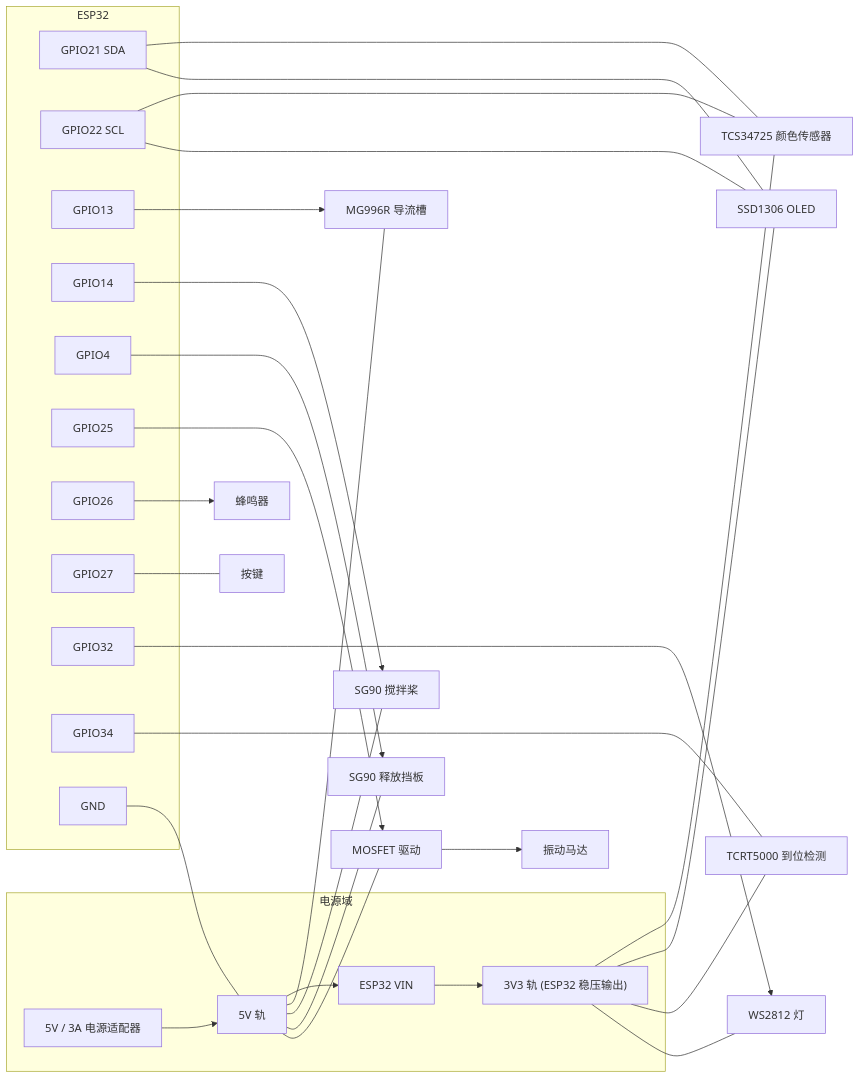
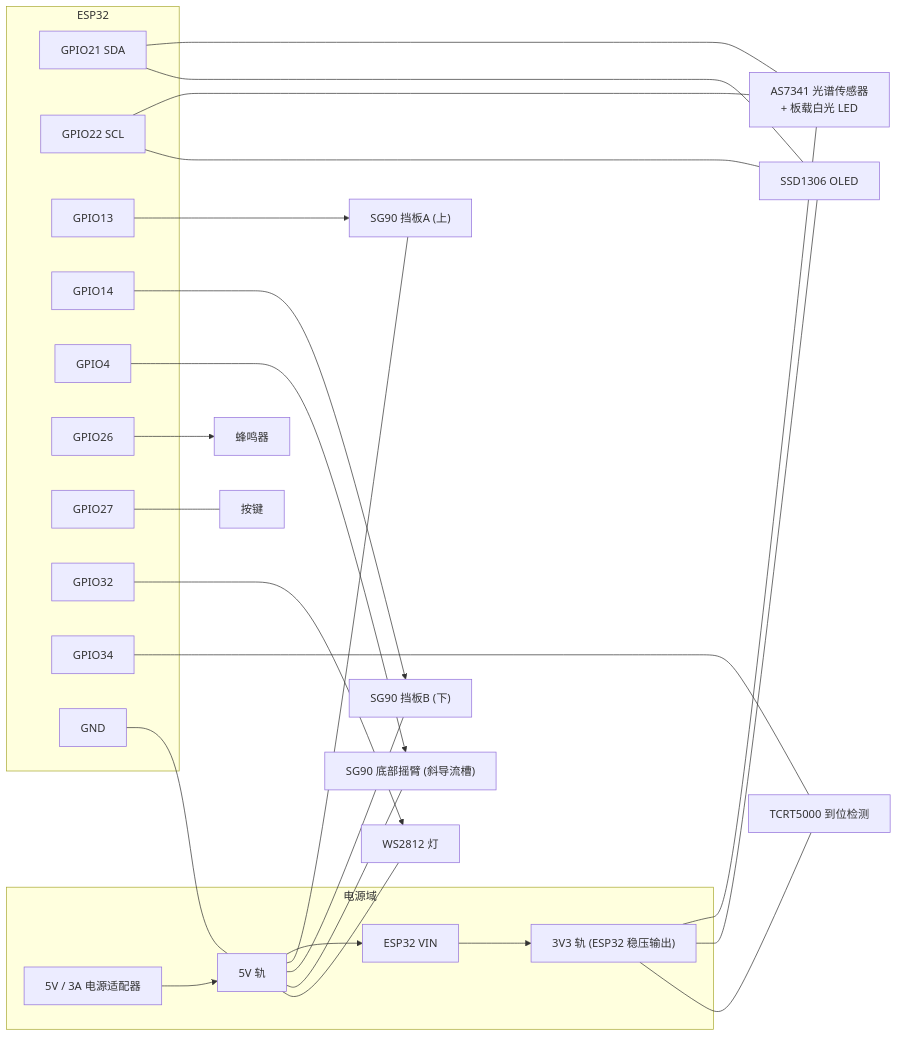
Before and after one commit to wfcccc/Candy-sorter: the diagram in docs/03_接线图与引脚分配.md, drawn with Mermaid. The commit also changed other lines of this file and 12 other files, not shown here.

````diff
--- a/docs/03_接线图与引脚分配.md
+++ b/docs/03_接线图与引脚分配.md
@@ -108,60 +124,55 @@
 ```mermaid
 graph LR
     subgraph PWR["电源域"]
         PSU["5V / 3A 电源适配器"]
         RAIL5["5V 轨"]
         RAIL3["3V3 轨 (ESP32 稳压输出)"]
         PSU --> RAIL5
         RAIL5 --> ESP32V["ESP32 VIN"]
         ESP32V --> RAIL3
     end
 
     subgraph MCU["ESP32"]
         G21["GPIO21 SDA"]
         G22["GPIO22 SCL"]
         G13["GPIO13"]
         G14["GPIO14"]
         G4["GPIO4"]
-        G25["GPIO25"]
         G26["GPIO26"]
         G27["GPIO27"]
         G32["GPIO32"]
         G34["GPIO34"]
         GGND["GND"]
     end
 
-    TCS["TCS34725 颜色传感器"]
+    SPEC["AS7341 光谱传感器<br/>+ 板载白光 LED"]
     OLED["SSD1306 OLED"]
     IR["TCRT5000 到位检测"]
-    SDIV["MG996R 导流槽"]
-    SFEED["SG90 搅拌桨"]
-    SREL["SG90 释放挡板"]
-    MOSFET["MOSFET 驱动"]
-    VIB["振动马达"]
+    GA["SG90 挡板A (上)"]
+    GB["SG90 挡板B (下)"]
+    GS["SG90 底部摇臂 (斜导流槽)"]
     BUZ["蜂鸣器"]
     BTN["按键"]
-    LED["WS2812 灯"]
+    STRIP["WS2812 灯"]
 
-    G21 --- TCS
-    G22 --- TCS
+    G21 --- SPEC
+    G22 --- SPEC
     G21 --- OLED
     G22 --- OLED
     G34 --- IR
-    G13 --> SDIV
-    G14 --> SFEED
-    G4  --> SREL
-    G25 --> MOSFET --> VIB
+    G13 --> GA
+    G14 --> GB
+    G4  --> GS
     G26 --> BUZ
     G27 --- BTN
-    G32 --> LED
+    G32 --> STRIP
 
-    RAIL3 --- TCS
+    RAIL3 --- SPEC
     RAIL3 --- OLED
     RAIL3 --- IR
-    RAIL3 --- LED
-    RAIL5 --- SDIV
-    RAIL5 --- SFEED
-    RAIL5 --- SREL
-    RAIL5 --- MOSFET
+    RAIL5 --- GA
+    RAIL5 --- GB
+    RAIL5 --- GS
+    RAIL5 --- STRIP
     GGND --- RAIL5
 ```
````
